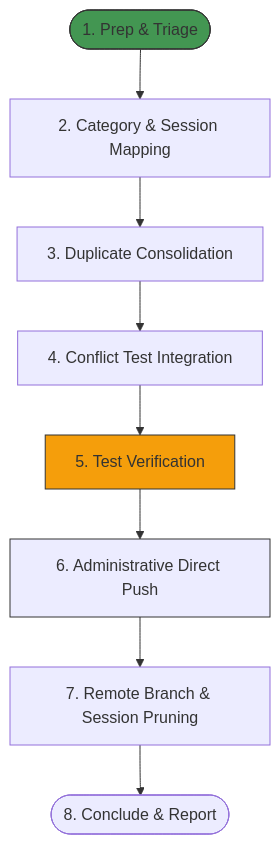
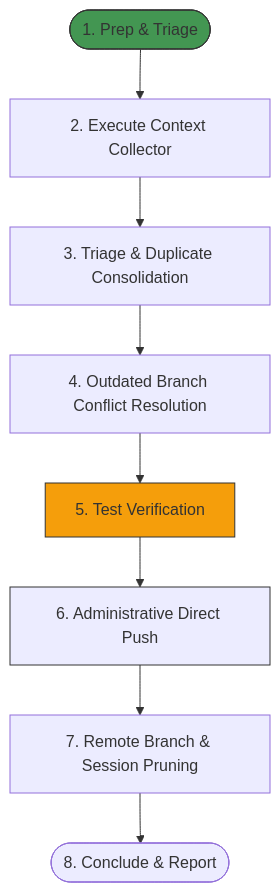
The diagram in .agent/workflows/pr_triage_release_cleanup.md (AhmedNasser-bug/finals-qb), drawn with Mermaid before and after one commit. The commit also changed other lines of this file, not shown here.

Commit message:
docs: update pull request triage workflow with context collector and conflict resolution guidelines

````diff
--- a/.agent/workflows/pr_triage_release_cleanup.md
+++ b/.agent/workflows/pr_triage_release_cleanup.md
@@ -21,14 +21,14 @@
 ```mermaid
 graph TD
-    Start([1. Prep & Triage]) --> Analyze[2. Category & Session Mapping]
-    Analyze --> Filter[3. Duplicate Consolidation]
-    Filter --> AppendTests[4. Conflict Test Integration]
-    AppendTests --> LocalValidate[5. Test Verification]
+    Start([1. Prep & Triage]) --> RunCollector[2. Execute Context Collector]
+    RunCollector --> Filter[3. Triage & Duplicate Consolidation]
+    Filter --> ConflictResolve[4. Outdated Branch Conflict Resolution]
+    ConflictResolve --> LocalValidate[5. Test Verification]
     LocalValidate --> PushBypass[6. Administrative Direct Push]
     PushBypass --> Cleanup[7. Remote Branch & Session Pruning]
     Cleanup --> End([8. Conclude & Report])
 
     style Start fill:#439652,stroke:#333,stroke-width:1px
     style LocalValidate fill:#f59e0b,stroke:#333,stroke-width:1px
     style PushBypass fill:#destructive,stroke:#333,stroke-width:1px
 ```
````
